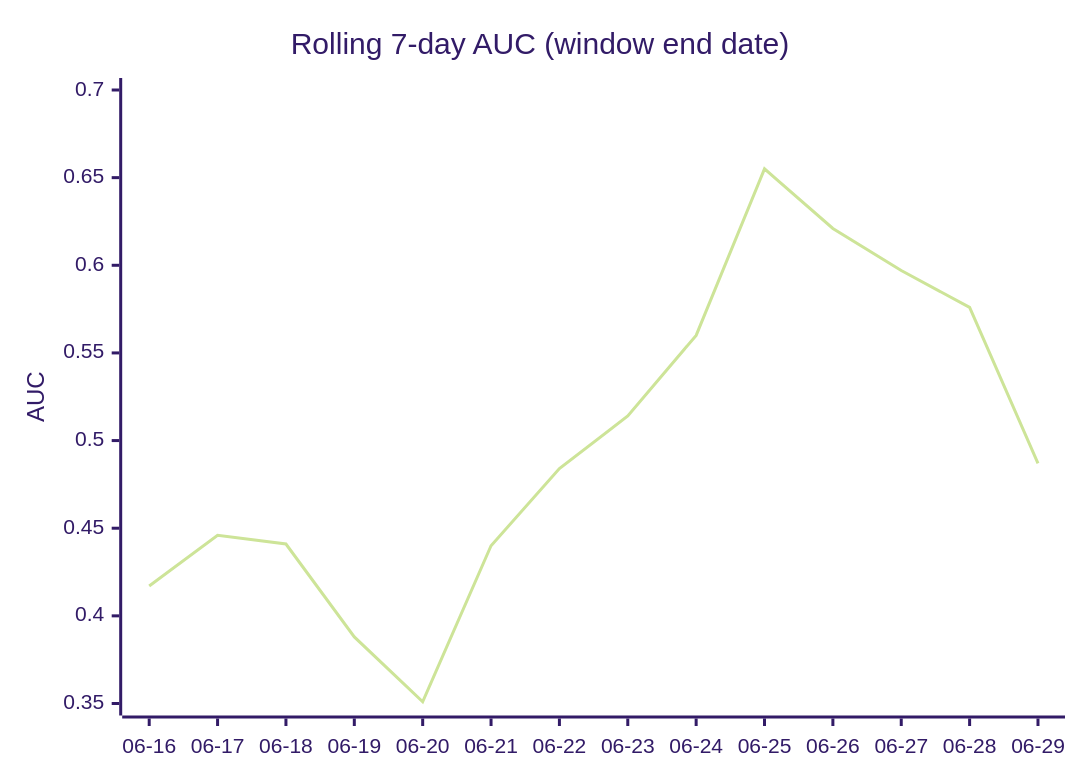
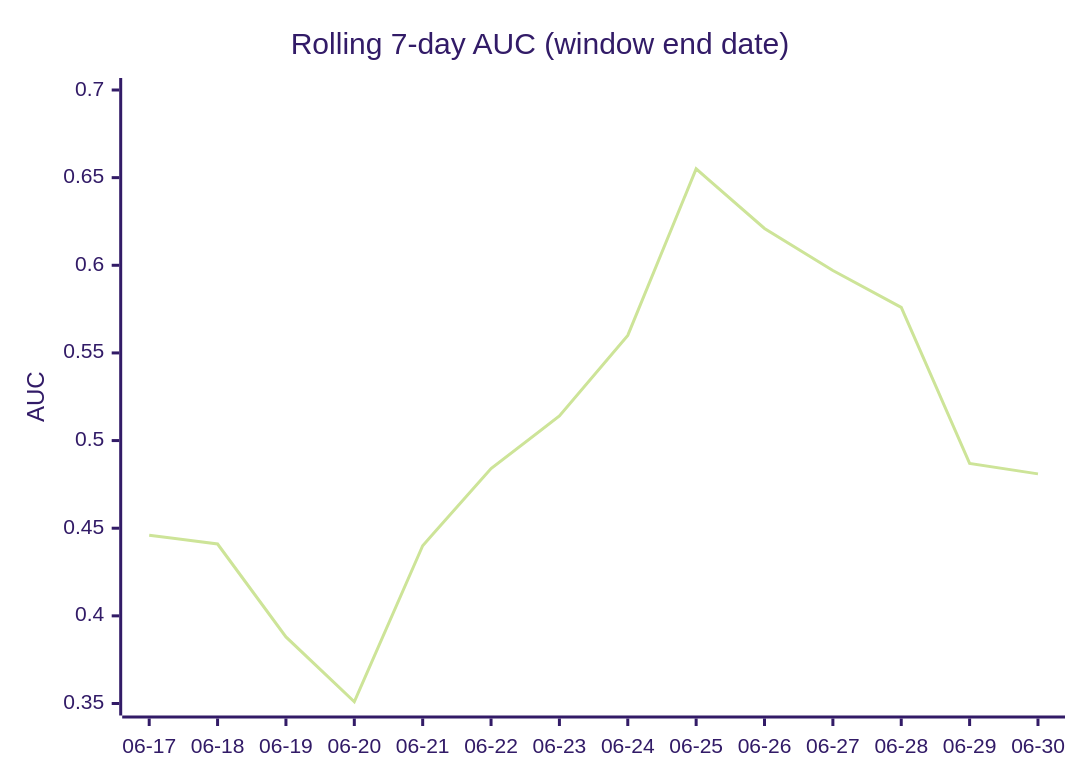
One commit to dpk1212/nhl-savant changed the fourth of 5 diagrams in DAILY_AGSU_REPORT.md. Above: the diagram before and after it, drawn with Mermaid (forest theme). The commit also changed other lines of this file, not shown here.

````diff
--- a/DAILY_AGSU_REPORT.md
+++ b/DAILY_AGSU_REPORT.md
@@ -517,7 +527,7 @@
 ```mermaid
 xychart-beta
     title "Rolling 7-day AUC (window end date)"
-    x-axis ["06-16", "06-17", "06-18", "06-19", "06-20", "06-21", "06-22", "06-23", "06-24", "06-25", "06-26", "06-27", "06-28", "06-29"]
+    x-axis ["06-17", "06-18", "06-19", "06-20", "06-21", "06-22", "06-23", "06-24", "06-25", "06-26", "06-27", "06-28", "06-29", "06-30"]
     y-axis "AUC" 0.35 --> 0.7
-    line [0.417, 0.446, 0.441, 0.388, 0.351, 0.44, 0.484, 0.514, 0.56, 0.655, 0.621, 0.597, 0.576, 0.487]
+    line [0.446, 0.441, 0.388, 0.351, 0.44, 0.484, 0.514, 0.56, 0.655, 0.621, 0.597, 0.576, 0.487, 0.481]
 ```
````
